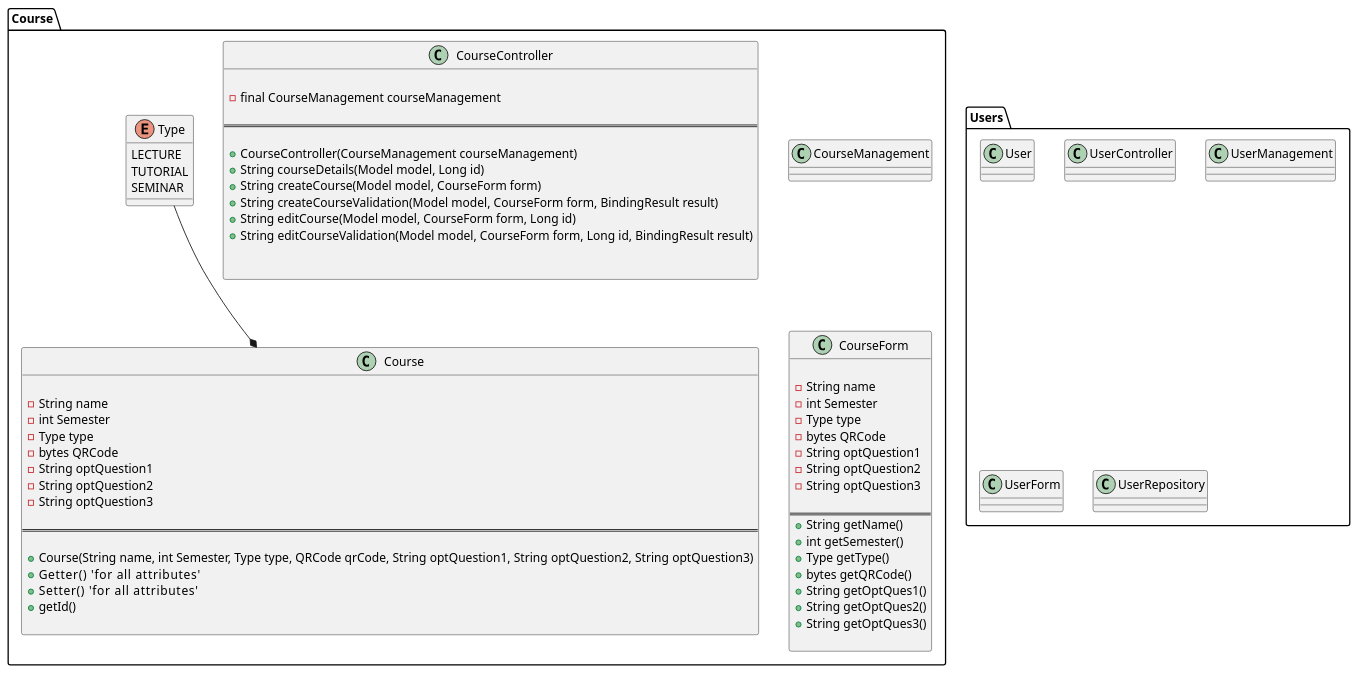
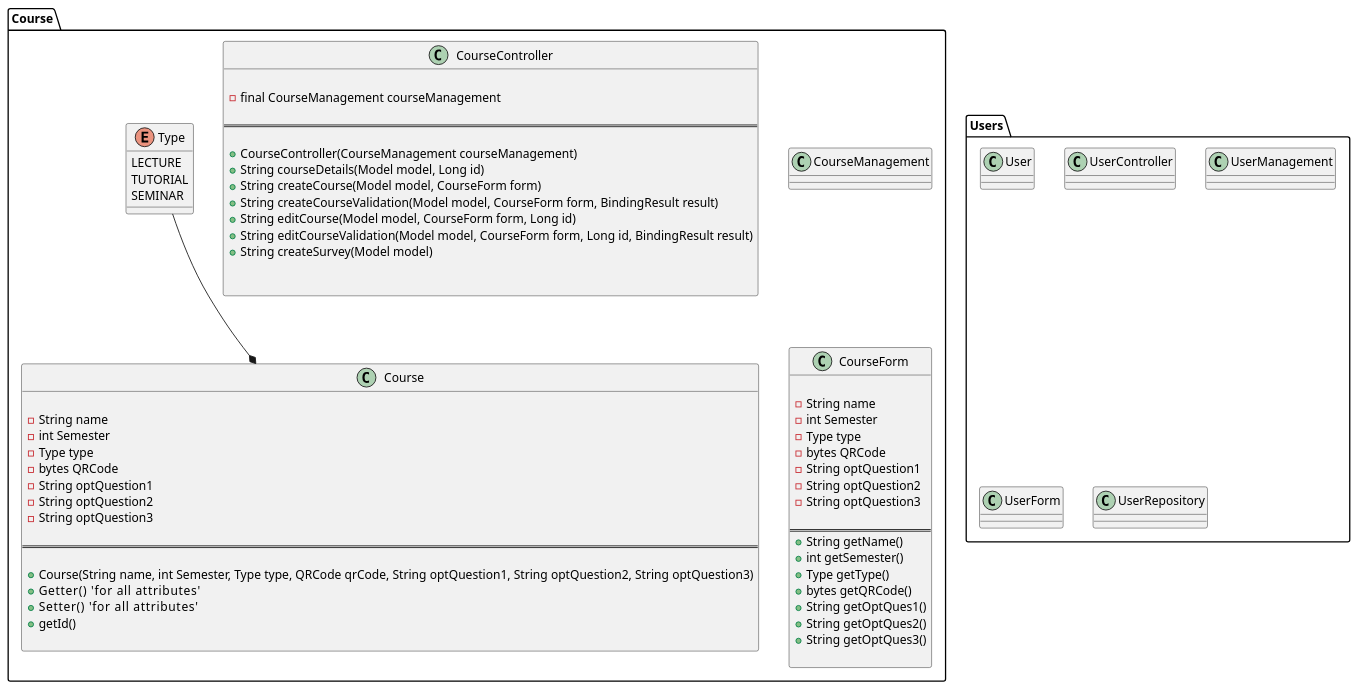
Before and after one commit to Elocien/QOVA: the diagram in src/main/documentation/diagrams/src/architecture_overview.wsd, drawn with PlantUML.

Commit message:
more changes to uml

```diff
--- a/src/main/documentation/diagrams/src/architecture_overview.wsd
+++ b/src/main/documentation/diagrams/src/architecture_overview.wsd
@@ -5,105 +5,107 @@
 @startuml qovaArchitecture 
 
 package Course{
 
     class Course{
 
         - String name
         - int Semester
         - Type type
         - bytes QRCode
         - String optQuestion1
         - String optQuestion2
         - String optQuestion3
 
 ==
 
         'Constructor'
         + Course(String name, int Semester, Type type, QRCode qrCode, String optQuestion1, String optQuestion2, String optQuestion3)
         + Getter()       'for all attributes' 
         + Setter()       'for all attributes' 
         + getId()
 
     }
 
     class CourseController{
        
         - final CourseManagement courseManagement
 
 ==
 
         + CourseController(CourseManagement courseManagement) 
         + String courseDetails(Model model, Long id)
             'GetMapping method'
         + String createCourse(Model model, CourseForm form)         
             'PostMapping method to verify user input'                            
         + String createCourseValidation(Model model, CourseForm form, BindingResult result)
             'GetMapping method'
         + String editCourse(Model model, CourseForm form, Long id)
             'PostMapping method to validate user input'
         + String editCourseValidation(Model model, CourseForm form, Long id, BindingResult result)
+            'GetMapping method'
+        +String createSurvey(Model model)
 
 
     }
 
     class CourseManagement{
 
     }
 
     class CourseForm{
         
         - String name
         - int Semester
         - Type type
         - bytes QRCode
         - String optQuestion1
         - String optQuestion2
         - String optQuestion3
 
 ==
         + String getName()
         + int getSemester()
         + Type getType()
         + bytes getQRCode()
         + String getOptQues1()
         + String getOptQues2()
         + String getOptQues3()
 
     }
 
     enum Type {
         LECTURE
         TUTORIAL
         SEMINAR
     }
 
 
     'Relations'
     Type --* Course
 
 
 }
 
 package Users{
     class User{
 
     }
 
     class UserController{
 
     }
 
     class UserManagement{
 
     }
 
     class UserForm{
 
     }
 
     class UserRepository{
 
     }
 }
 
 @enduml
```
